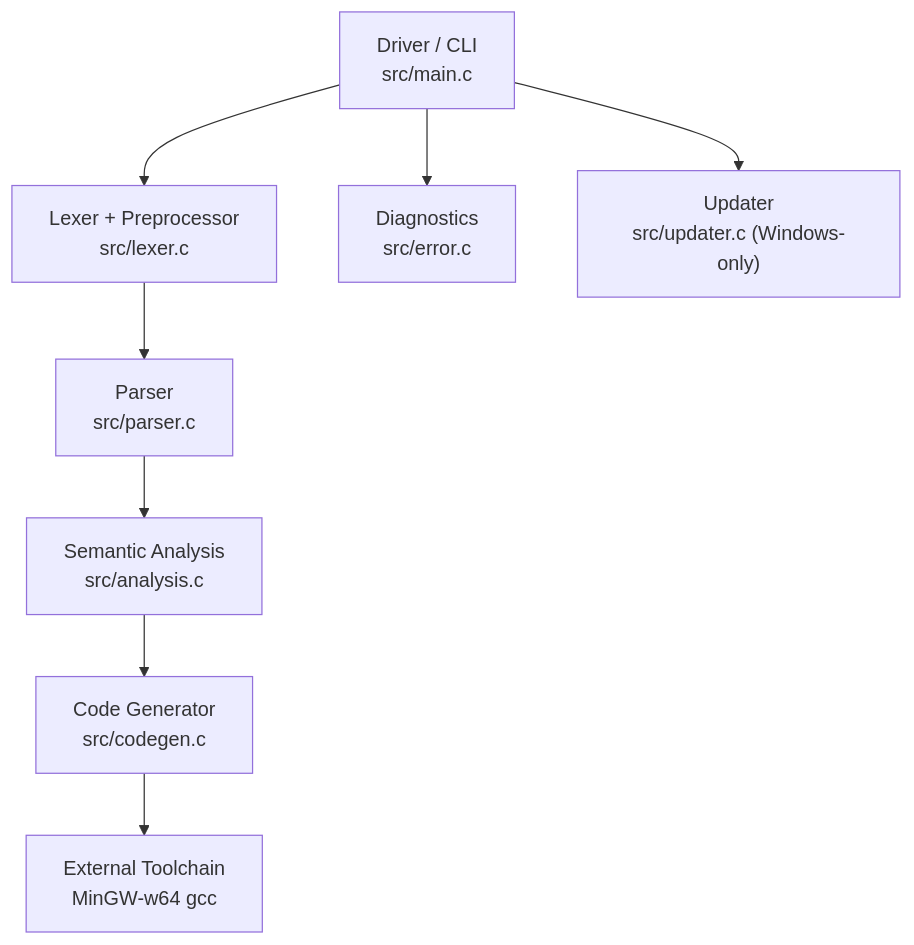
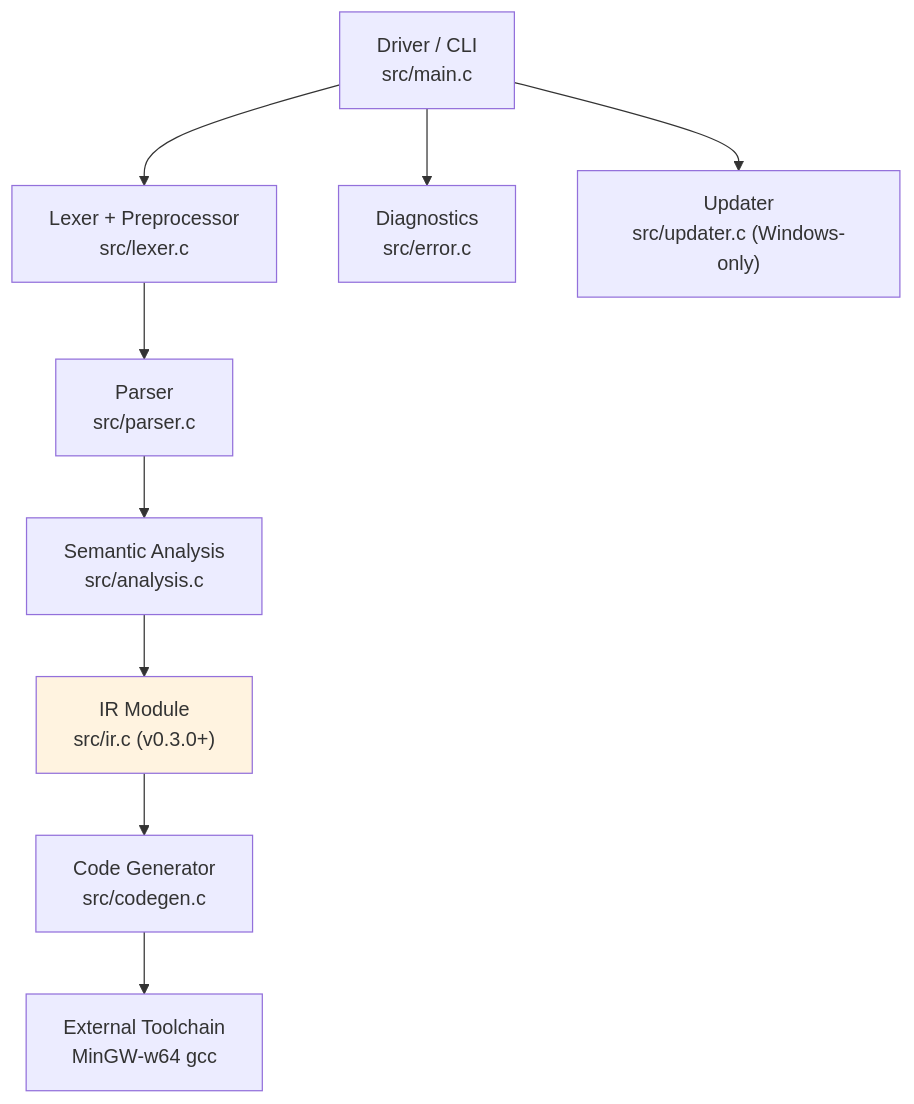
The second of 2 diagrams in docs/INTERNALS.md (OmarAglan/Baa), drawn with Mermaid before and after one commit. The commit also changed other lines of this file and 6 other files, not shown here.

````diff
--- a/docs/INTERNALS.md
+++ b/docs/INTERNALS.md
@@ -56,11 +65,14 @@
 ```mermaid
 flowchart TB
     Driver["Driver / CLI\nsrc/main.c"] --> Lexer["Lexer + Preprocessor\nsrc/lexer.c"]
     Lexer --> Parser["Parser\nsrc/parser.c"]
     Parser --> Analyzer["Semantic Analysis\nsrc/analysis.c"]
-    Analyzer --> Codegen["Code Generator\nsrc/codegen.c"]
+    Analyzer --> IR["IR Module\nsrc/ir.c (v0.3.0+)"]
+    IR --> Codegen["Code Generator\nsrc/codegen.c"]
     Codegen --> GCC["External Toolchain\nMinGW-w64 gcc"]
 
     Driver --> Diagnostics["Diagnostics\nsrc/error.c"]
     Driver --> Updater["Updater\nsrc/updater.c (Windows-only)"]
+    
+    style IR fill:#fff3e0
 ```
````
